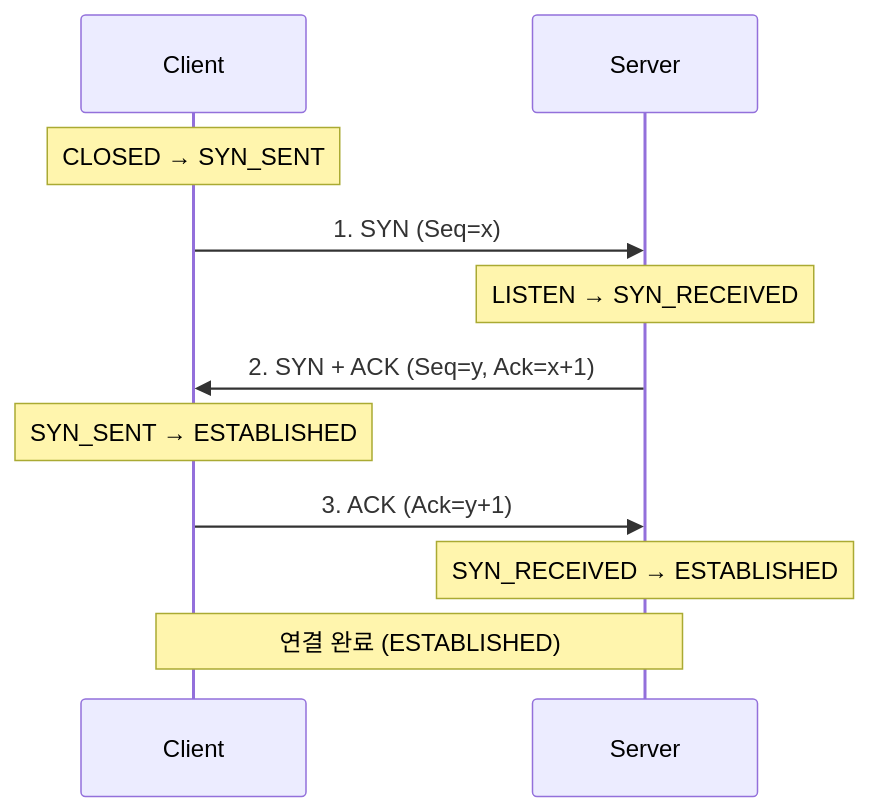
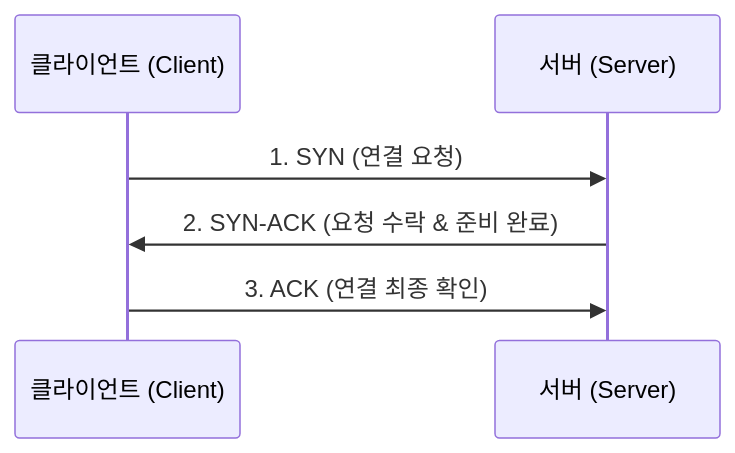
Before and after one commit to youngmin-gwon/what-i-studied: the diagram in 01_inbox/computer-science/networking/tcp-udp-protocols.md, drawn with Mermaid. The commit also changed other lines of this file and 225 other files, not shown here.

````diff
--- a/01_inbox/computer-science/networking/tcp-udp-protocols.md
+++ b/01_inbox/computer-science/networking/tcp-udp-protocols.md
@@ -77,15 +34,8 @@
 ```mermaid
 sequenceDiagram
-    participant C as Client
-    participant S as Server
-    
-    Note over C: CLOSED → SYN_SENT
-    C->>S: 1. SYN (Seq=x)
-    Note over S: LISTEN → SYN_RECEIVED
-    S->>C: 2. SYN + ACK (Seq=y, Ack=x+1)
-    Note over C: SYN_SENT → ESTABLISHED
-    C->>S: 3. ACK (Ack=y+1)
-    Note over S: SYN_RECEIVED → ESTABLISHED
-    
-    Note over C,S: 연결 완료 (ESTABLISHED)
+    participant Client as 클라이언트 (Client)
+    participant Server as 서버 (Server)
+    Client->>Server: 1. SYN (연결 요청)
+    Server->>Client: 2. SYN-ACK (요청 수락 & 준비 완료)
+    Client->>Server: 3. ACK (연결 최종 확인)
 ```
````
